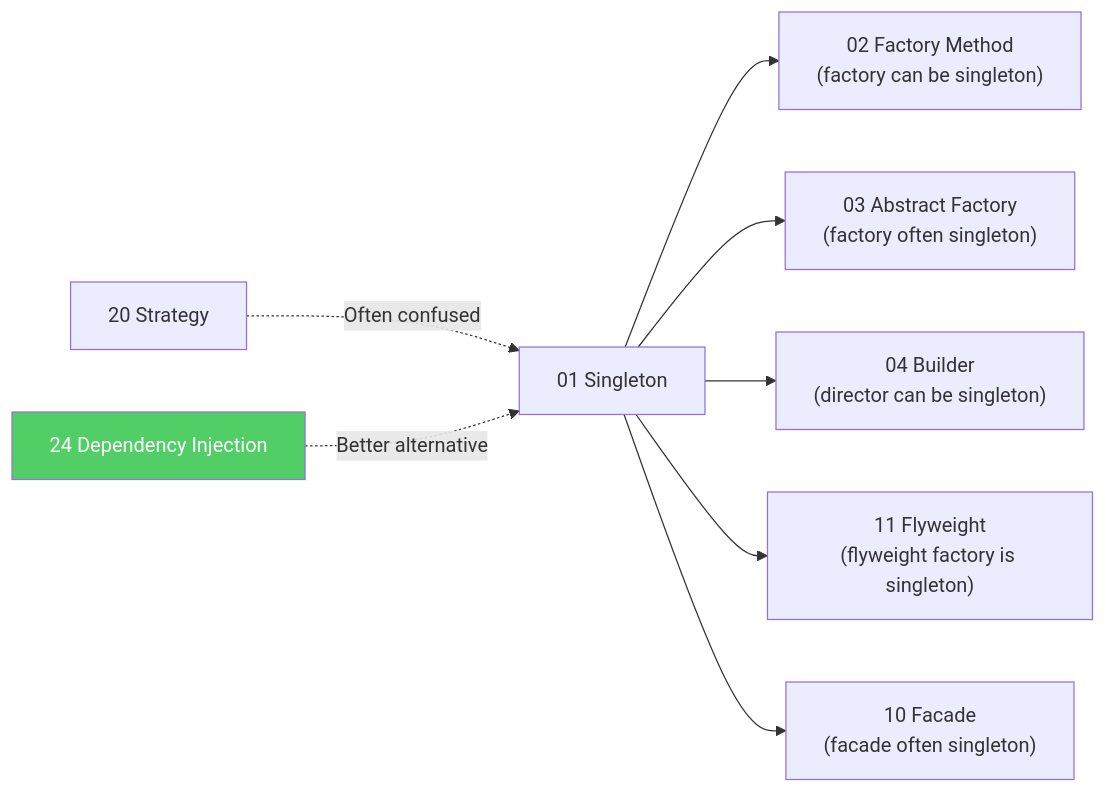
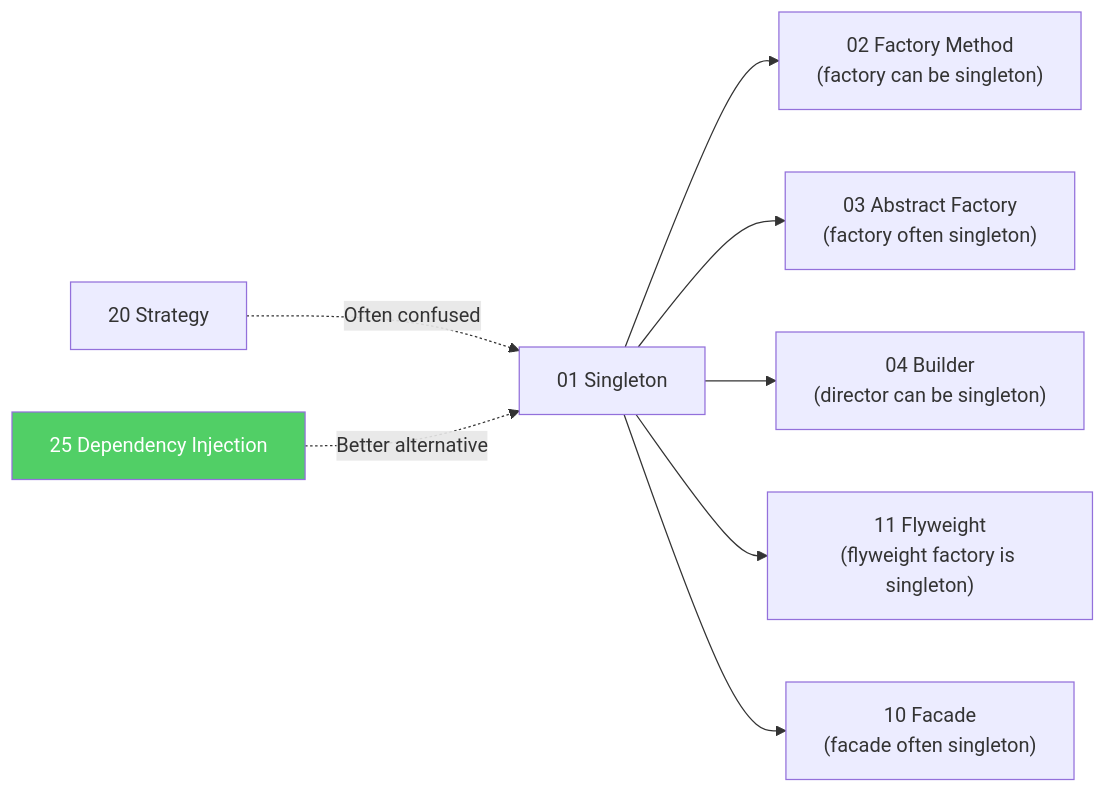
One commit to vadde/DesignPatterns changed the fifth of 5 diagrams in 01 - Singleton (Creational)/theory.md. Above: the diagram before and after it, drawn with Mermaid. The commit also changed other lines of this file and 28 other files, not shown here.

````diff
--- a/01 - Singleton (Creational)/theory.md
+++ b/01 - Singleton (Creational)/theory.md
@@ -291,12 +291,12 @@
 ```mermaid
 graph LR
     S["01 Singleton"] --> FM["02 Factory Method<br/>(factory can be singleton)"]
     S --> AF["03 Abstract Factory<br/>(factory often singleton)"]
     S --> B["04 Builder<br/>(director can be singleton)"]
     S --> FW["11 Flyweight<br/>(flyweight factory is singleton)"]
     S --> FA["10 Facade<br/>(facade often singleton)"]
     ST["20 Strategy"] -.->|"Often confused"| S
-    DI["24 Dependency Injection"] -.->|"Better alternative"| S
+    DI["25 Dependency Injection"] -.->|"Better alternative"| S
 
     style DI fill:#51cf66,color:#fff
 ```
````
